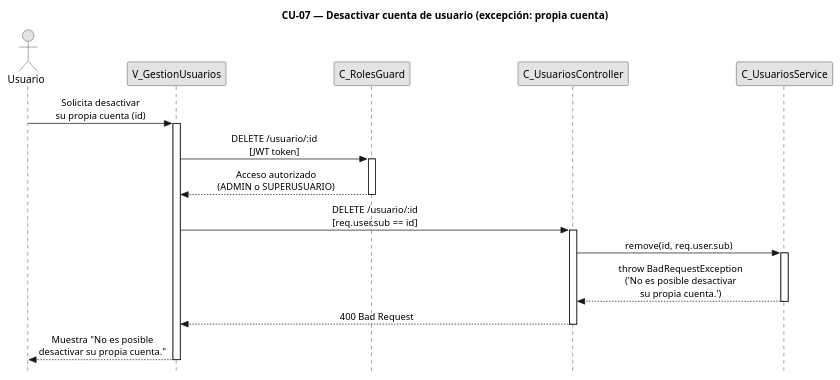
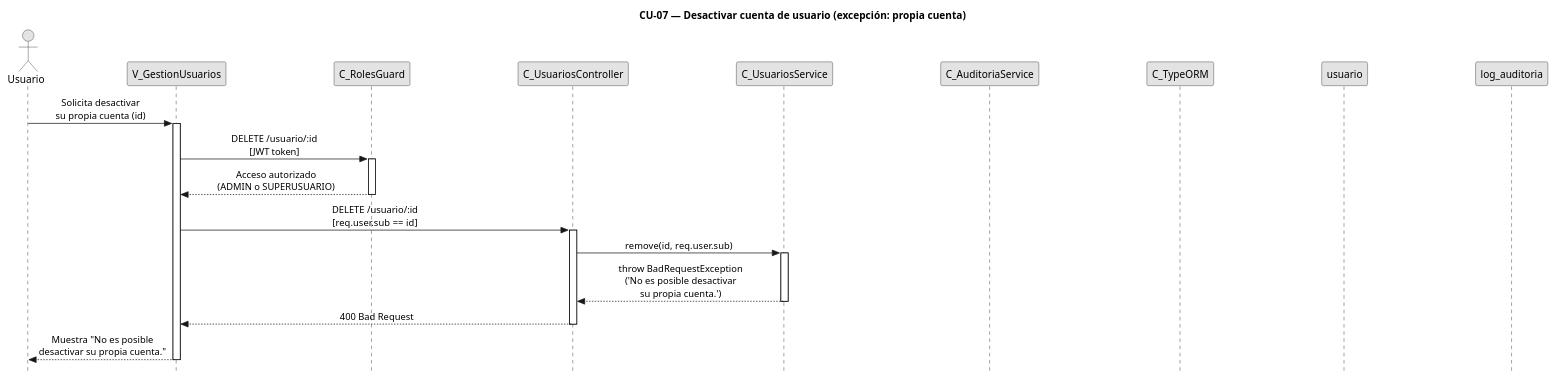
Before and after one commit to FSM-Finet-y-Cable-Magico/Team_1-Inventario-y-Bodega: the diagram in diagramas-secuencia/CU07/CU07-exc-propia-cuenta.puml, drawn with PlantUML. The commit also changed 83 other files, not shown here.

Commit message:
fix diagramas segun criterio profesor

```diff
--- a/diagramas-secuencia/CU07/CU07-exc-propia-cuenta.puml
+++ b/diagramas-secuencia/CU07/CU07-exc-propia-cuenta.puml
@@ -1,46 +1,50 @@
 @startuml CU07-exc-propia-cuenta
 title CU-07 — Desactivar cuenta de usuario (excepción: propia cuenta)
 
 skinparam style strictuml
 skinparam monochrome true
 skinparam shadowing false
 skinparam sequenceMessageAlign center
 skinparam ParticipantPadding 70
 skinparam ActorPadding 30
 skinparam sequence {
   MessageAlign center
   LifeLineBorderColor black
 }
 hide footbox
 
 actor "Usuario" as user
 participant "V_GestionUsuarios" as view
 participant "C_RolesGuard" as guard
 participant "C_UsuariosController" as ctrl
 participant "C_UsuariosService" as svc
+participant "C_AuditoriaService" as aud
+participant "C_TypeORM" as orm
+participant "usuario" as uent
+participant "log_auditoria" as aent
 
 user -> view : Solicita desactivar\nsu propia cuenta (id)
 activate view
 
 view -> guard : DELETE /usuario/:id\n[JWT token]
 activate guard
 
 guard --> view : Acceso autorizado\n(ADMIN o SUPERUSUARIO)
 deactivate guard
 
 view -> ctrl : DELETE /usuario/:id\n[req.user.sub == id]
 activate ctrl
 
 ctrl -> svc : remove(id, req.user.sub)
 activate svc
 
 svc --> ctrl : throw BadRequestException\n('No es posible desactivar\nsu propia cuenta.')
 deactivate svc
 
 ctrl --> view : 400 Bad Request
 deactivate ctrl
 
 view --> user : Muestra "No es posible\ndesactivar su propia cuenta."
 deactivate view
 
 @enduml
```
